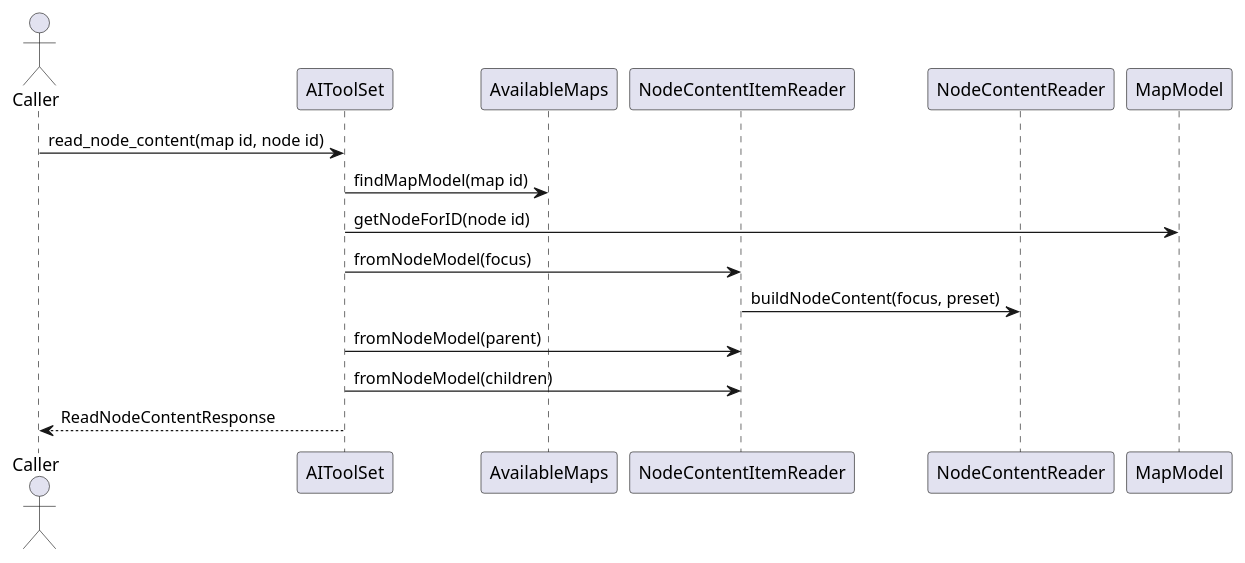
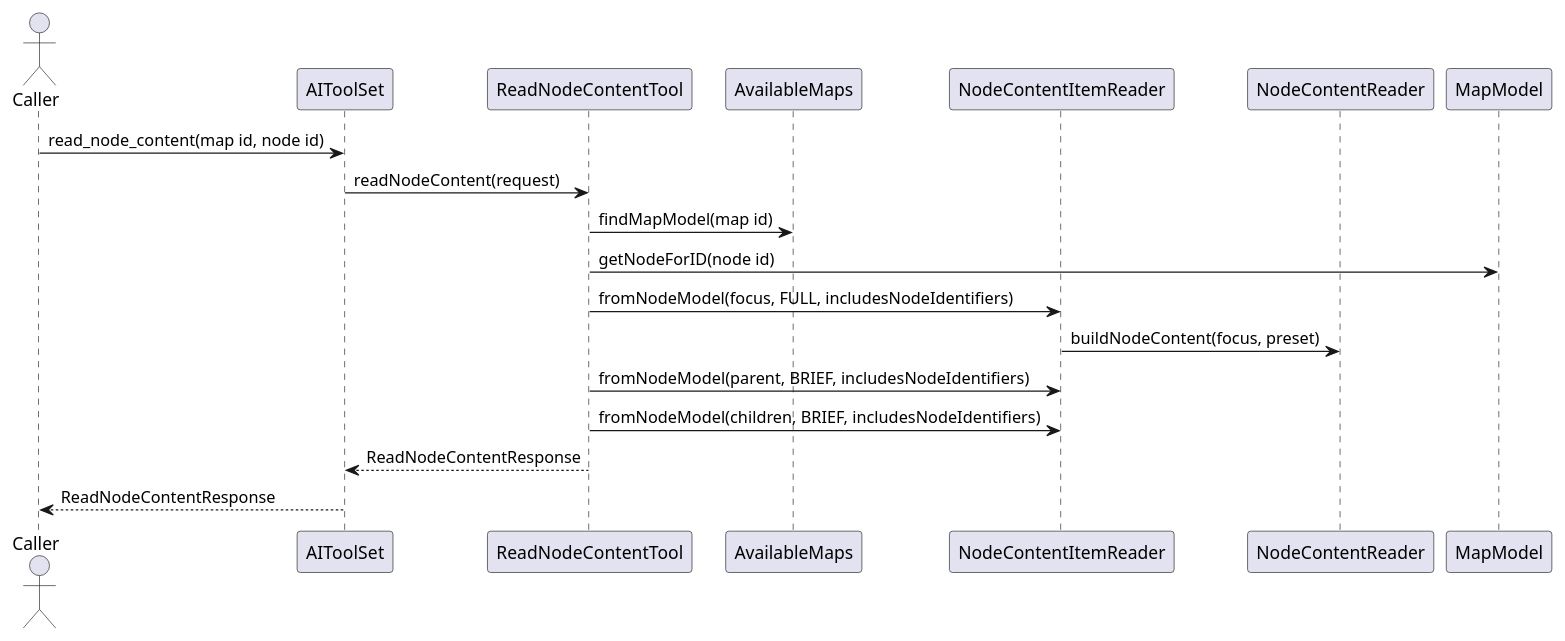
One commit to guoranjun2/nexordia changed the seventh of 15 diagrams in freeplane_plugin_ai/specs/sprints/sprint-001.md. Above: the diagram before and after it, drawn with PlantUML. The commit also changed other lines of this file and 8 other files, not shown here.

Commit message:
refactor and implement getBreadcrumbs AI tool

````diff
--- a/freeplane_plugin_ai/specs/sprints/sprint-001.md
+++ b/freeplane_plugin_ai/specs/sprints/sprint-001.md
@@ -155,19 +163,22 @@
 ```plantuml
 @startuml
 actor Caller
 participant AIToolSet
+participant ReadNodeContentTool
 participant AvailableMaps
 participant NodeContentItemReader
 participant NodeContentReader
 participant MapModel
 
 Caller -> AIToolSet : read_node_content(map id, node id)
-AIToolSet -> AvailableMaps : findMapModel(map id)
-AIToolSet -> MapModel : getNodeForID(node id)
-AIToolSet -> NodeContentItemReader : fromNodeModel(focus)
+AIToolSet -> ReadNodeContentTool : readNodeContent(request)
+ReadNodeContentTool -> AvailableMaps : findMapModel(map id)
+ReadNodeContentTool -> MapModel : getNodeForID(node id)
+ReadNodeContentTool -> NodeContentItemReader : fromNodeModel(focus, FULL, includesNodeIdentifiers)
 NodeContentItemReader -> NodeContentReader : buildNodeContent(focus, preset)
-AIToolSet -> NodeContentItemReader : fromNodeModel(parent)
-AIToolSet -> NodeContentItemReader : fromNodeModel(children)
+ReadNodeContentTool -> NodeContentItemReader : fromNodeModel(parent, BRIEF, includesNodeIdentifiers)
+ReadNodeContentTool -> NodeContentItemReader : fromNodeModel(children, BRIEF, includesNodeIdentifiers)
+ReadNodeContentTool --> AIToolSet : ReadNodeContentResponse
 AIToolSet --> Caller : ReadNodeContentResponse
 @enduml
 ```
````
